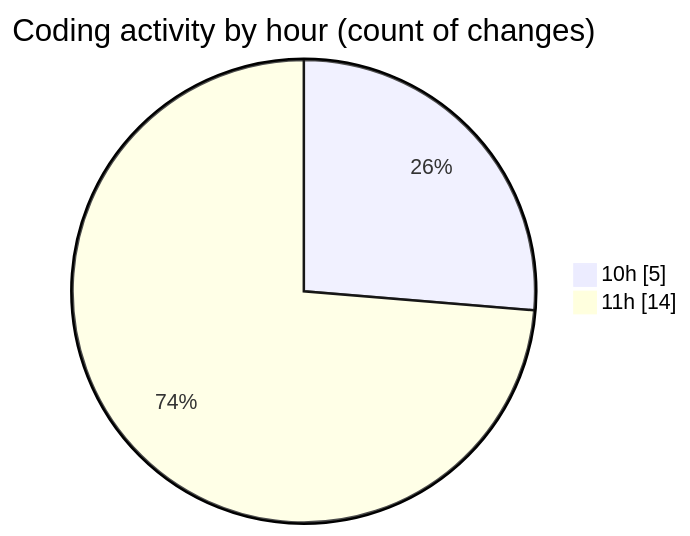
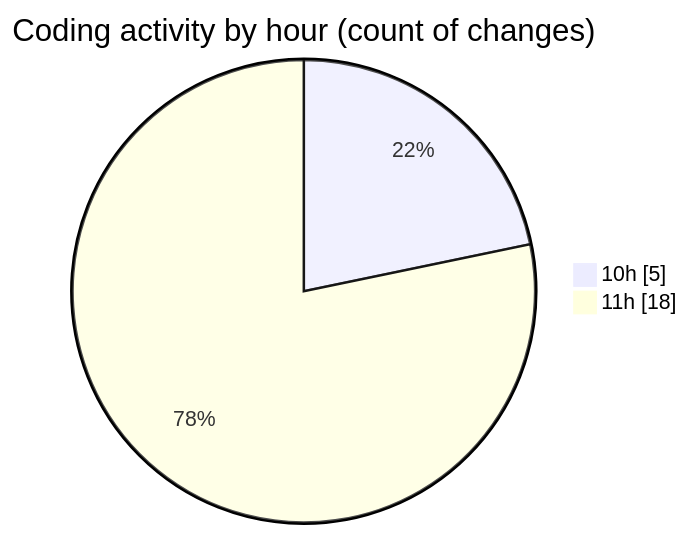
The second of 2 diagrams in 2025-06-17/cda/README.md (momahboobian/code-tracking), drawn with Mermaid before and after one commit. The commit also changed other lines of this file and 1 other file, not shown here.

````diff
--- a/2025-06-17/cda/README.md
+++ b/2025-06-17/cda/README.md
@@ -29,6 +29,6 @@
 ```mermaid
 pie showData
 title Coding activity by hour (count of changes)
 "10h" : 5
-"11h" : 14
+"11h" : 18
 ```
````
